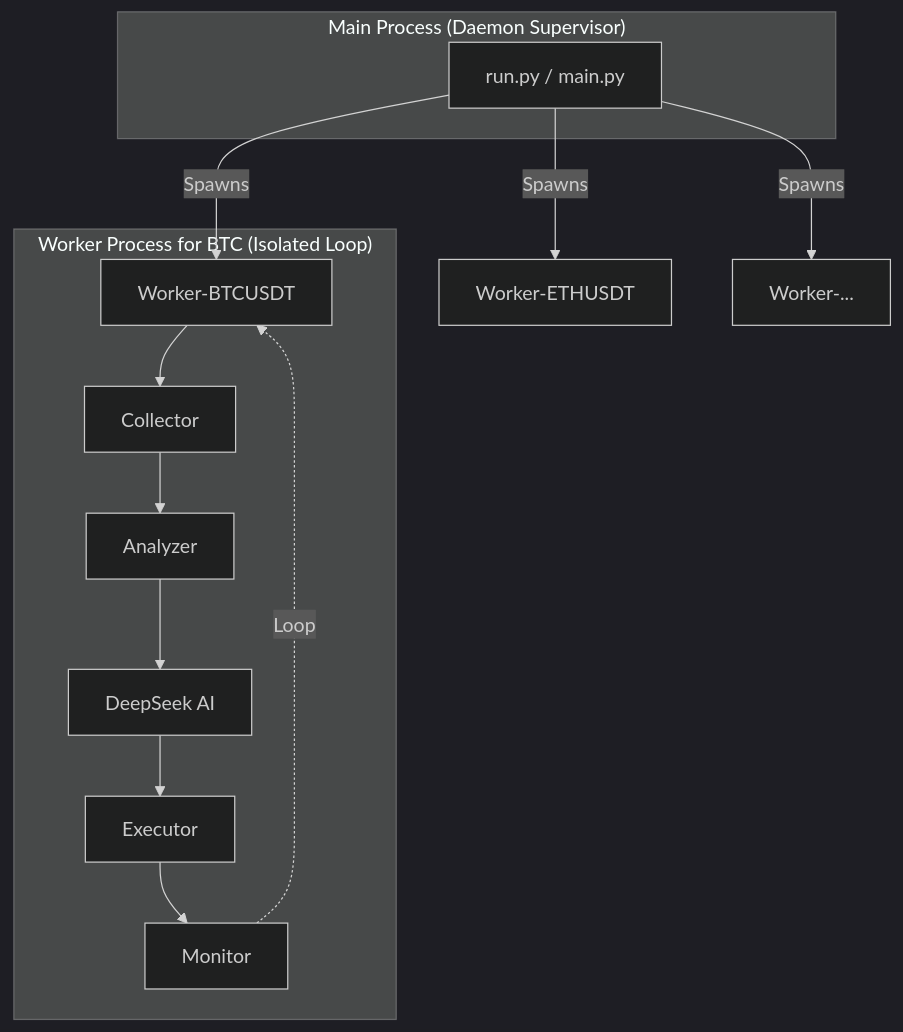
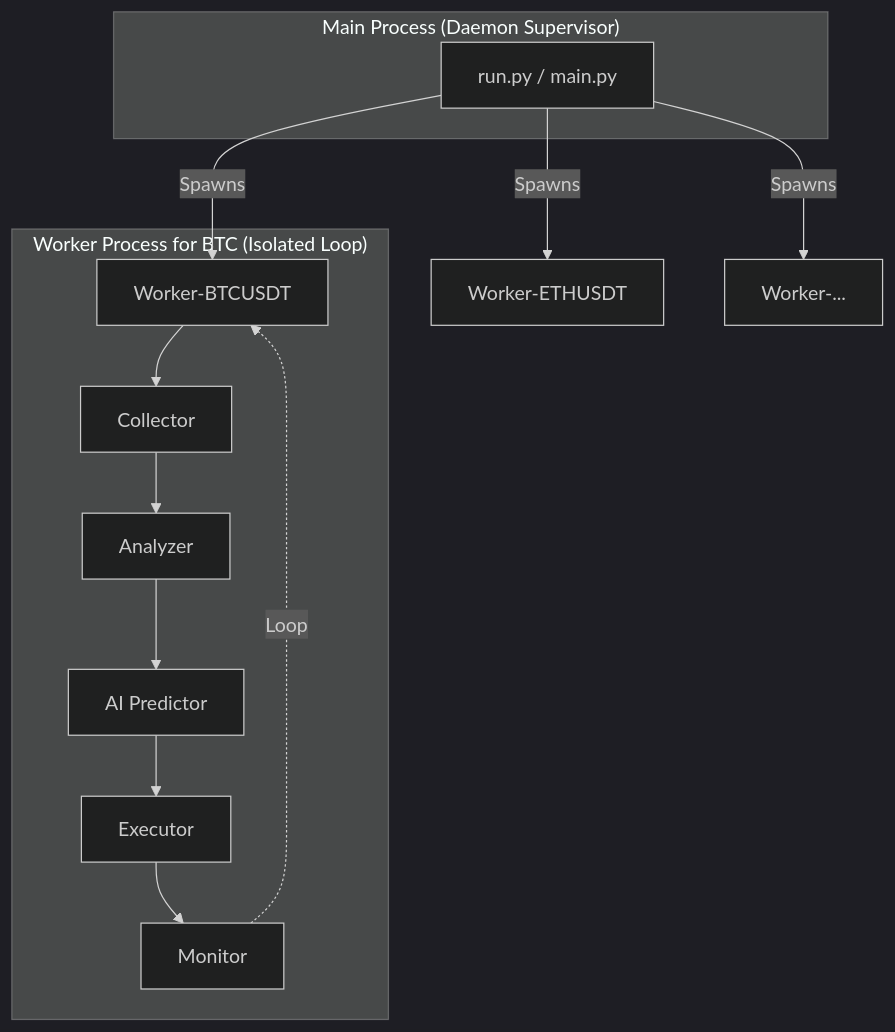
One commit to xierongchuan/ServoEngine changed the diagram in README.md. Above: the diagram before and after it, drawn with Mermaid (dark theme). The commit also changed other lines of this file and 10 other files, not shown here.

````diff
--- a/README.md
+++ b/README.md
@@ -280,19 +278,19 @@
 ```mermaid
 graph TD
     Launcher[run.py / main.py] -->|Spawns| Worker1[Worker-BTCUSDT]
     Launcher -->|Spawns| Worker2[Worker-ETHUSDT]
     Launcher -->|Spawns| Worker3[Worker-...]
 
     subgraph "Main Process (Daemon Supervisor)"
         Launcher
     end
 
     subgraph "Worker Process for BTC (Isolated Loop)"
         Worker1 --> Collector1[Collector]
         Collector1 --> Analyzer1[Analyzer]
-        Analyzer1 --> Predictor1[DeepSeek AI]
+        Analyzer1 --> Predictor1[AI Predictor]
         Predictor1 --> Executor1[Executor]
         Executor1 --> Monitor1[Monitor]
         Monitor1 -.->|Loop| Worker1
     end
 ```
````
